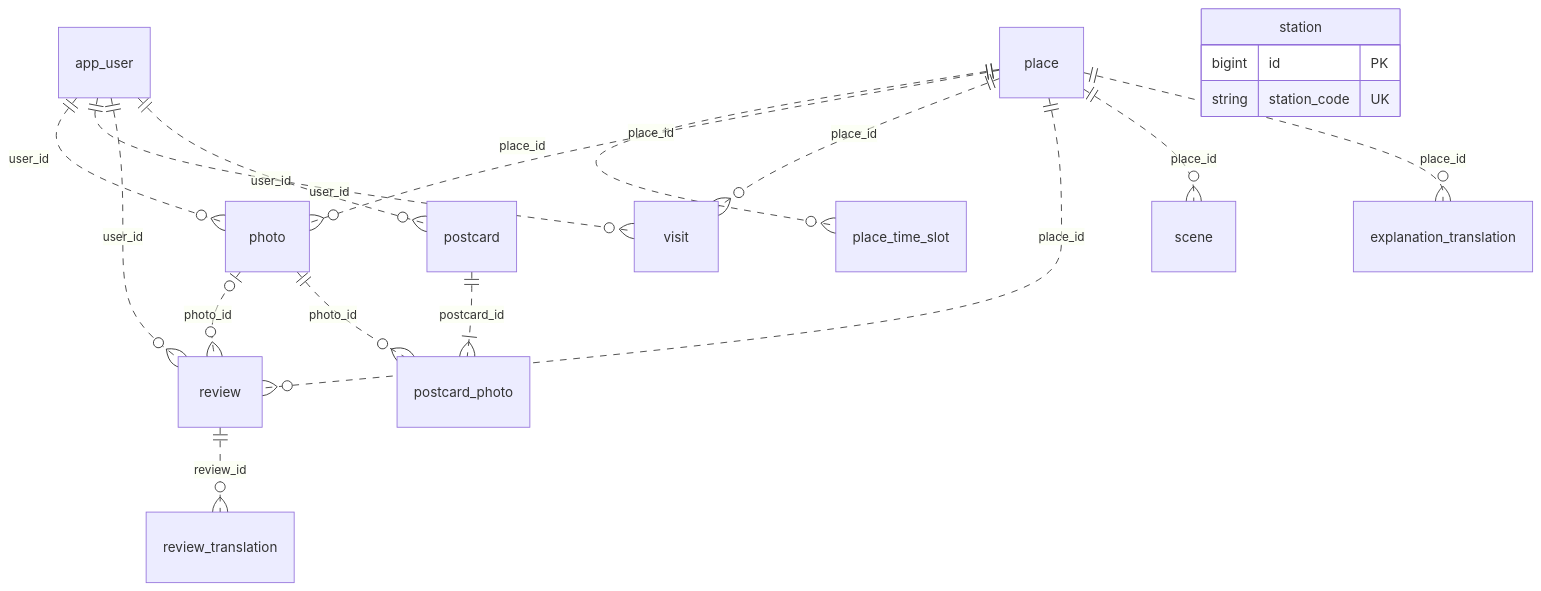
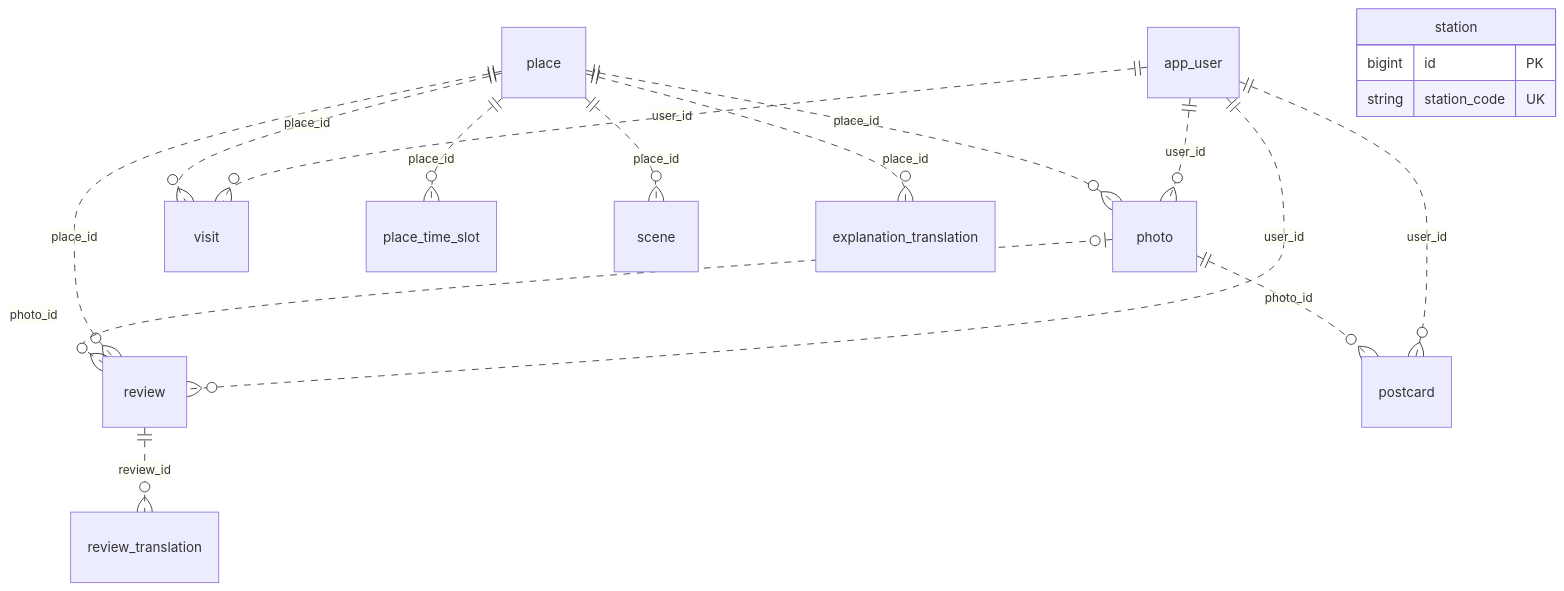
The diagram in docs/db.md (take-the-moo/take-the-moo-be), drawn with Mermaid before and after one commit. The commit also changed other lines of this file and 2 other files, not shown here.

````diff
--- a/docs/db.md
+++ b/docs/db.md
@@ -28,21 +27,20 @@
 ```mermaid
 erDiagram
   app_user ||..o{ photo : "user_id"
   app_user ||..o{ visit : "user_id"
   app_user ||..o{ review : "user_id"
   app_user ||..o{ postcard : "user_id"
   place ||..o{ place_time_slot : "place_id"
   place ||..o{ photo : "place_id"
   place ||..o{ visit : "place_id"
   place ||..o{ review : "place_id"
   place ||..o{ scene : "place_id"
   place ||..o{ explanation_translation : "place_id"
   review ||..o{ review_translation : "review_id"
   photo |o..o{ review : "photo_id"
-  postcard ||..|{ postcard_photo : "postcard_id"
-  photo ||..o{ postcard_photo : "photo_id"
+  photo ||..o{ postcard : "photo_id"
   station {
     bigint id PK
     string station_code UK
   }
 ```
````
